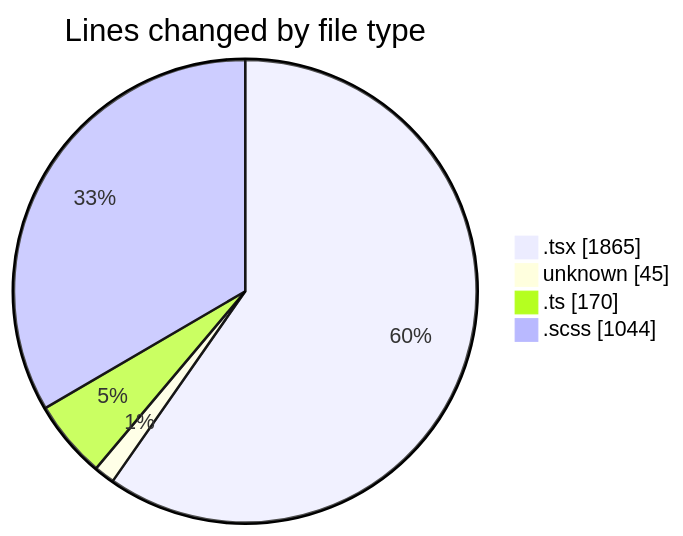
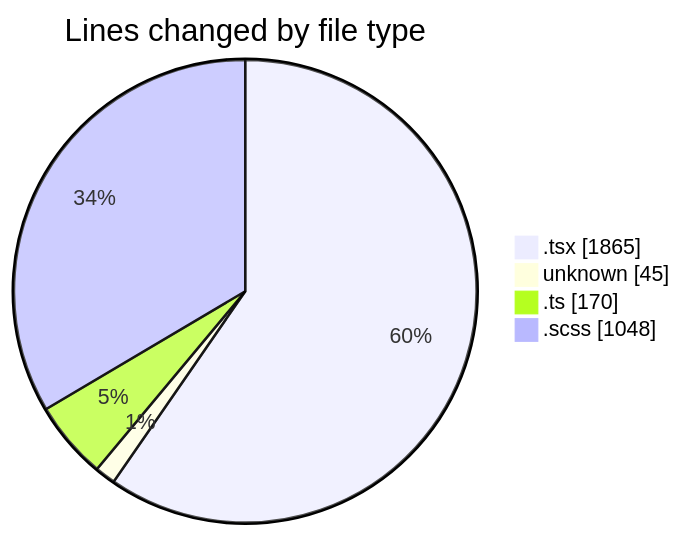
Before and after one commit to momahboobian/code-tracking: the first of 2 diagrams in 2025-09-01/cda/README.md, drawn with Mermaid. The commit also changed other lines of this file and 1 other file, not shown here.

````diff
--- a/2025-09-01/cda/README.md
+++ b/2025-09-01/cda/README.md
@@ -27,8 +27,8 @@
 ```mermaid
 pie showData
 title Lines changed by file type
 ".tsx" : 1865
 "unknown" : 45
 ".ts" : 170
-".scss" : 1044
+".scss" : 1048
 ```
````
